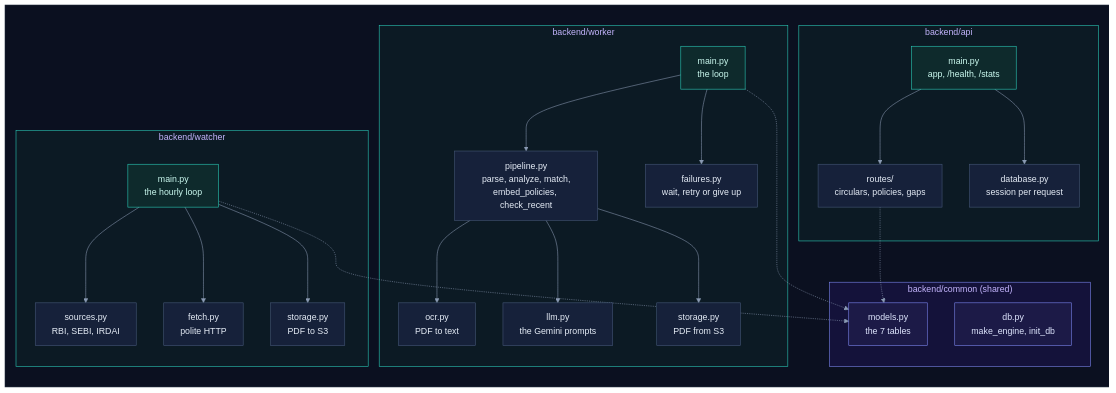
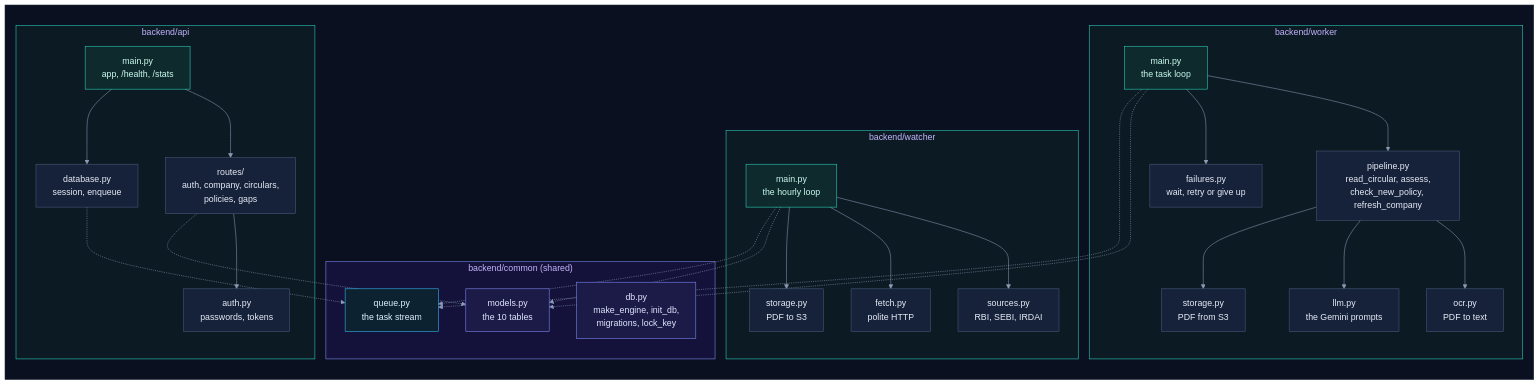
Before and after one commit to selvakumarperumal/Regulatory_Circular_Impact_Agent: diagram 22 of 22 in how_it_works.md, drawn with Mermaid. The commit also changed other lines of this file and 8 other files, not shown here.

Commit message:
Document the task queue and multi-company design

````diff
--- a/how_it_works.md
+++ b/how_it_works.md
@@ -1560,47 +1367,54 @@
 ```mermaid
 %%{init: {"theme": "base", "flowchart": {"diagramPadding": 0}, "themeVariables": {"darkMode": true, "primaryColor": "#16213a", "primaryTextColor": "#e6edf7", "primaryBorderColor": "#475a7a", "lineColor": "#8b9bb4", "secondaryColor": "#1b2436", "tertiaryColor": "#101a2e", "edgeLabelBackground": "#0f172a", "textColor": "#e2e8f0", "clusterBkg": "#0f1728", "clusterBorder": "#2b3a55", "titleColor": "#c4b5fd", "nodeTextColor": "#e6edf7"}}}%%
 flowchart TB
     subgraph canvas[" "]
         direction TB
         subgraph common["backend/common (shared)"]
-            models["models.py<br/>the 7 tables"]
-            dbpy["db.py<br/>make_engine, init_db"]
+            models["models.py<br/>the 10 tables"]
+            dbpy["db.py<br/>make_engine, init_db,<br/>migrations, lock_key"]
+            queuepy["queue.py<br/>the task stream"]
         end
         subgraph watcher["backend/watcher"]
             wmain["main.py<br/>the hourly loop"] --> sources["sources.py<br/>RBI, SEBI, IRDAI"]
             wmain --> fetch["fetch.py<br/>polite HTTP"]
             wmain --> wstore["storage.py<br/>PDF to S3"]
         end
         subgraph worker["backend/worker"]
-            kmain["main.py<br/>the loop"] --> pipeline["pipeline.py<br/>parse, analyze, match,<br/>embed_policies, check_recent"]
+            kmain["main.py<br/>the task loop"] --> pipeline["pipeline.py<br/>read_circular, assess,<br/>check_new_policy, refresh_company"]
             kmain --> failures["failures.py<br/>wait, retry or give up"]
             pipeline --> ocrpy["ocr.py<br/>PDF to text"]
             pipeline --> llm["llm.py<br/>the Gemini prompts"]
             pipeline --> kstore["storage.py<br/>PDF from S3"]
         end
         subgraph api["backend/api"]
-            amain["main.py<br/>app, /health, /stats"] --> routes["routes/<br/>circulars, policies, gaps"]
-            amain --> database["database.py<br/>session per request"]
+            amain["main.py<br/>app, /health, /stats"] --> routes["routes/<br/>auth, company, circulars,<br/>policies, gaps"]
+            amain --> database["database.py<br/>session, enqueue"]
+            routes --> authpy["auth.py<br/>passwords, tokens"]
         end
         wmain -.-> models
         kmain -.-> models
         routes -.-> models
+        wmain -.-> queuepy
+        kmain -.-> queuepy
+        database -.-> queuepy
     end
 
     class models,dbpy data
+    class queuepy queue
     class wmain,kmain,amain svc
     classDef svc fill:#0e2a2c,stroke:#2dd4bf,color:#ccfbf1
     classDef data fill:#1c1a47,stroke:#818cf8,color:#e0e7ff
     classDef ext fill:#2a1640,stroke:#c084fc,color:#f3e8ff
     classDef gpu fill:#2d1b0c,stroke:#fb923c,color:#ffedd5
     classDef ask fill:#2a2410,stroke:#fbbf24,color:#fef3c7
     classDef ok fill:#0b2a1c,stroke:#34d399,color:#d1fae5
     classDef bad fill:#2e0f17,stroke:#fb7185,color:#ffe4e6
     classDef start fill:#1c2a0e,stroke:#a7ef6f,color:#ecfccb
     classDef muted fill:#1a2130,stroke:#64748b,color:#cbd5e1
+    classDef queue fill:#0c2231,stroke:#38bdf8,color:#e0f2fe
     style common fill:#14123a,stroke:#818cf8
     style watcher fill:#0c1a24,stroke:#2dd4bf
     style worker fill:#0c1a24,stroke:#2dd4bf
     style api fill:#0c1a24,stroke:#2dd4bf
     style canvas fill:#0b1020,stroke:#1e293b,color:#0b1020
 ```
````
